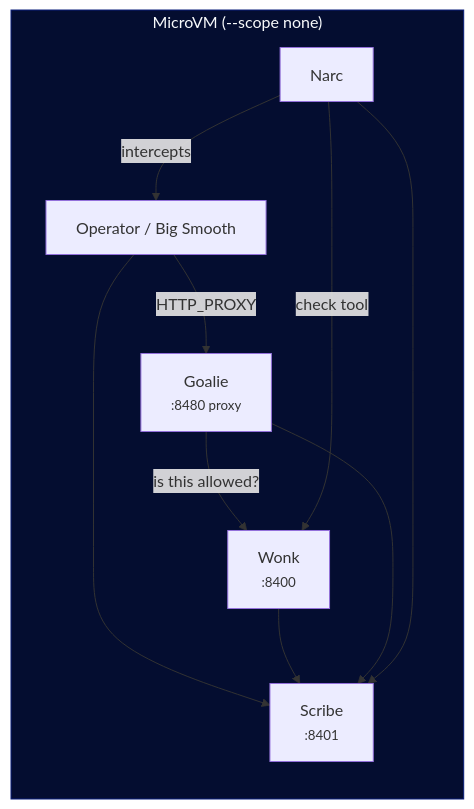
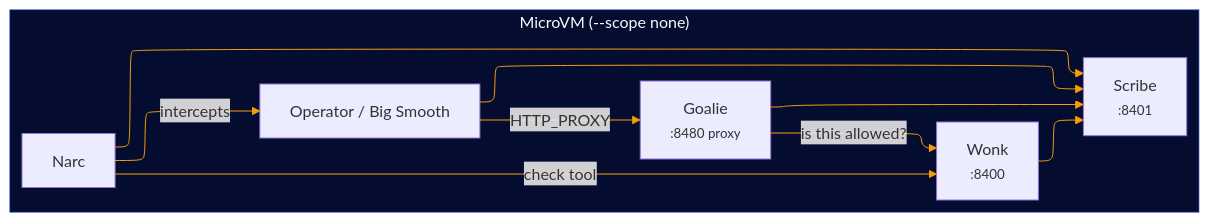
The third of 6 diagrams in README.md (SmooAI/smooth), drawn with Mermaid before and after one commit. The commit also changed other lines of this file and 2 other files, not shown here.

````diff
--- a/README.md
+++ b/README.md
@@ -133,21 +183,22 @@
 ```mermaid
+%%{init: {"flowchart": {"defaultRenderer": "elk"}, "themeVariables": {"lineColor": "#f49f0a"}}}%%
 graph LR
     subgraph VM["MicroVM (--scope none)"]
         Operator["Operator / Big Smooth"]
         Wonk["Wonk<br/><small>:8400</small>"]
         Goalie["Goalie<br/><small>:8480 proxy</small>"]
         Narc["Narc"]
         Scribe["Scribe<br/><small>:8401</small>"]
     end
 
     Operator -->|HTTP_PROXY| Goalie
     Goalie -->|"is this allowed?"| Wonk
     Narc -->|intercepts| Operator
     Narc -->|"check tool"| Wonk
     Operator --> Scribe
     Wonk --> Scribe
     Goalie --> Scribe
     Narc --> Scribe
 
     style VM fill:#040d30,stroke:#0a1f7a,color:#f8fafc
 ```
````
